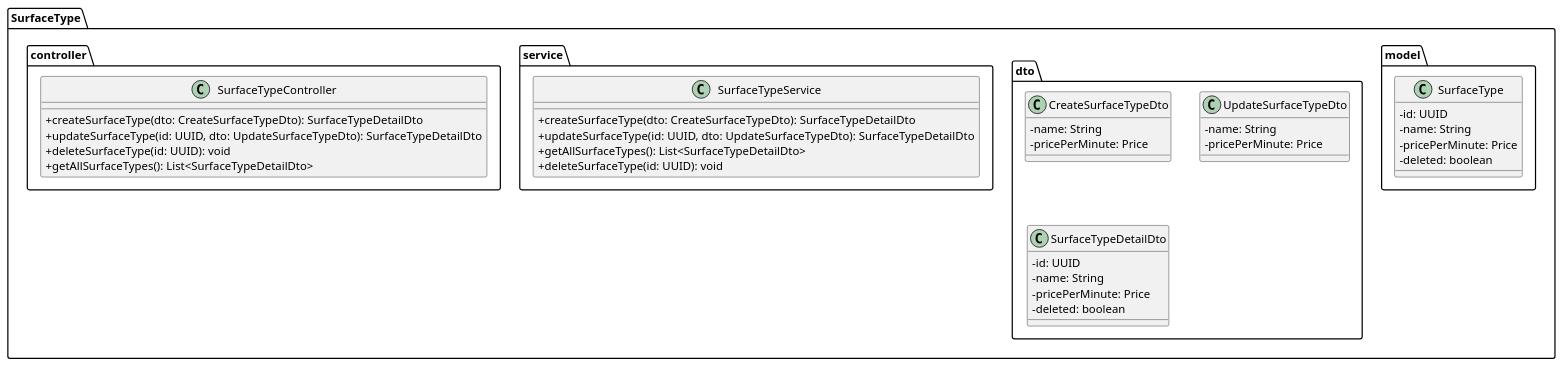
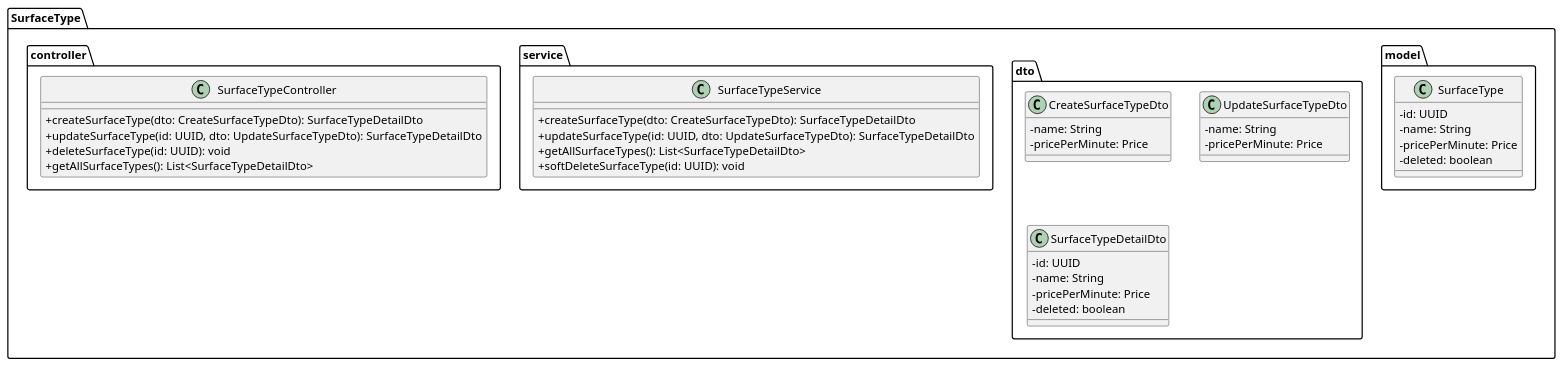
Before and after one commit to tondracek/inqool-tennis: the diagram in docs/diagram/class-surfaceType.puml, drawn with PlantUML. The commit also changed 4 other files, not shown here.

Commit message:
feat(UML): update delete methods to use soft delete in service

```diff
--- a/docs/diagram/class-surfaceType.puml
+++ b/docs/diagram/class-surfaceType.puml
@@ -1,54 +1,54 @@
 @startuml
 
 skinparam classAttributeIconSize 0
 
 package "SurfaceType" {
 
 	package "model" {
 	  class SurfaceType {
       - id: UUID
       - name: String
       - pricePerMinute: Price
       - deleted: boolean
     }
 	}
 
 	package "dto" {
 	  class CreateSurfaceTypeDto {
 	    - name: String
 	    - pricePerMinute: Price
 	  }
 
 	  class UpdateSurfaceTypeDto {
 	    - name: String
 	    - pricePerMinute: Price
 	  }
 
 	  class SurfaceTypeDetailDto {
 	    - id: UUID
 	    - name: String
 	    - pricePerMinute: Price
 	    - deleted: boolean
 	  }
 	}
 
 	package "service" {
 		class SurfaceTypeService {
 			+ createSurfaceType(dto: CreateSurfaceTypeDto): SurfaceTypeDetailDto
 			+ updateSurfaceType(id: UUID, dto: UpdateSurfaceTypeDto): SurfaceTypeDetailDto
 			+ getAllSurfaceTypes(): List<SurfaceTypeDetailDto>
-			+ deleteSurfaceType(id: UUID): void
+			+ softDeleteSurfaceType(id: UUID): void
 		}
 	}
 
 	package "controller" {
 		class SurfaceTypeController {
 			+ createSurfaceType(dto: CreateSurfaceTypeDto): SurfaceTypeDetailDto
 			+ updateSurfaceType(id: UUID, dto: UpdateSurfaceTypeDto): SurfaceTypeDetailDto
 			+ deleteSurfaceType(id: UUID): void
 			+ getAllSurfaceTypes(): List<SurfaceTypeDetailDto>
 		}
 	}
 }
 
 @enduml
```
